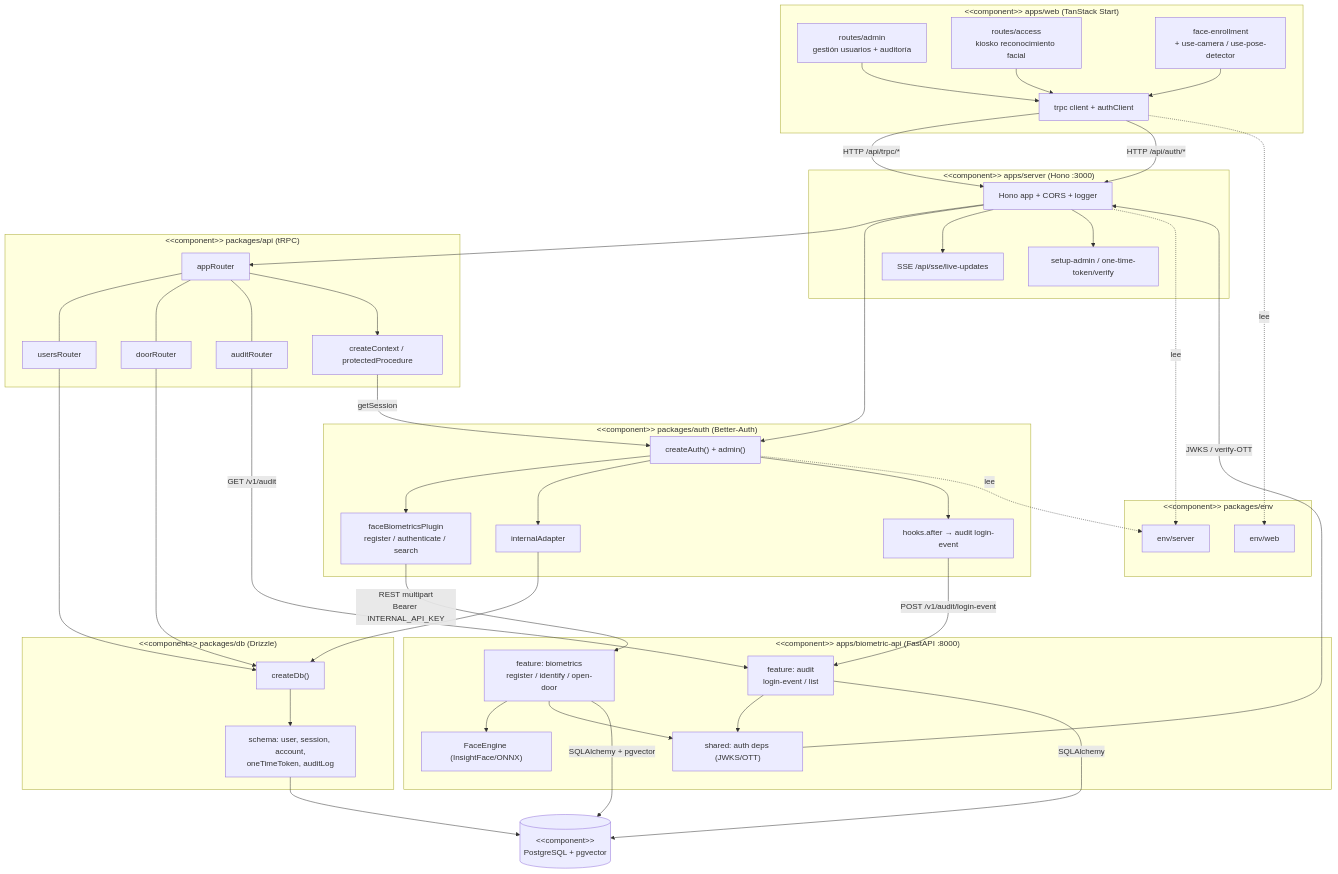
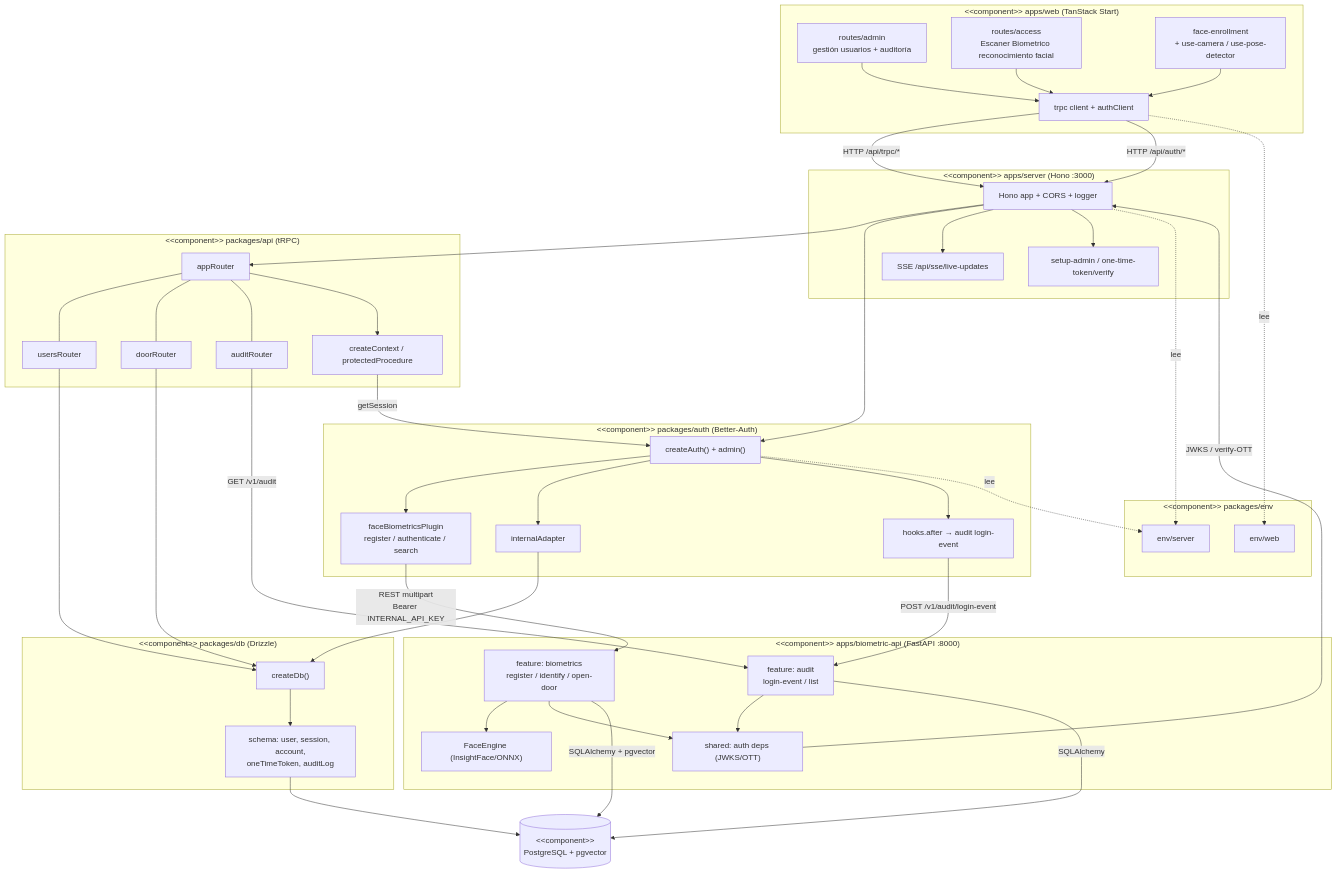
Before and after one commit to Indroic/access-control-system: the diagram in docs/diagramas/11-componentes.md, drawn with Mermaid. The commit also changed 11 other files, not shown here.

Commit message:
cambio de nombre de kiosko a Escaner Biometrico

```diff
--- a/docs/diagramas/11-componentes.md
+++ b/docs/diagramas/11-componentes.md
@@ -12,7 +12,7 @@
 flowchart TB
     subgraph WEB["&lt;&lt;component&gt;&gt; apps/web (TanStack Start)"]
         UI_ADMIN["routes/admin<br/>gestión usuarios + auditoría"]
-        UI_ACCESS["routes/access<br/>kiosko reconocimiento facial"]
+        UI_ACCESS["routes/access<br/>Escaner Biometrico reconocimiento facial"]
         UI_ENROLL["face-enrollment<br/>+ use-camera / use-pose-detector"]
         TRPC_CLIENT["trpc client + authClient"]
     end
```
